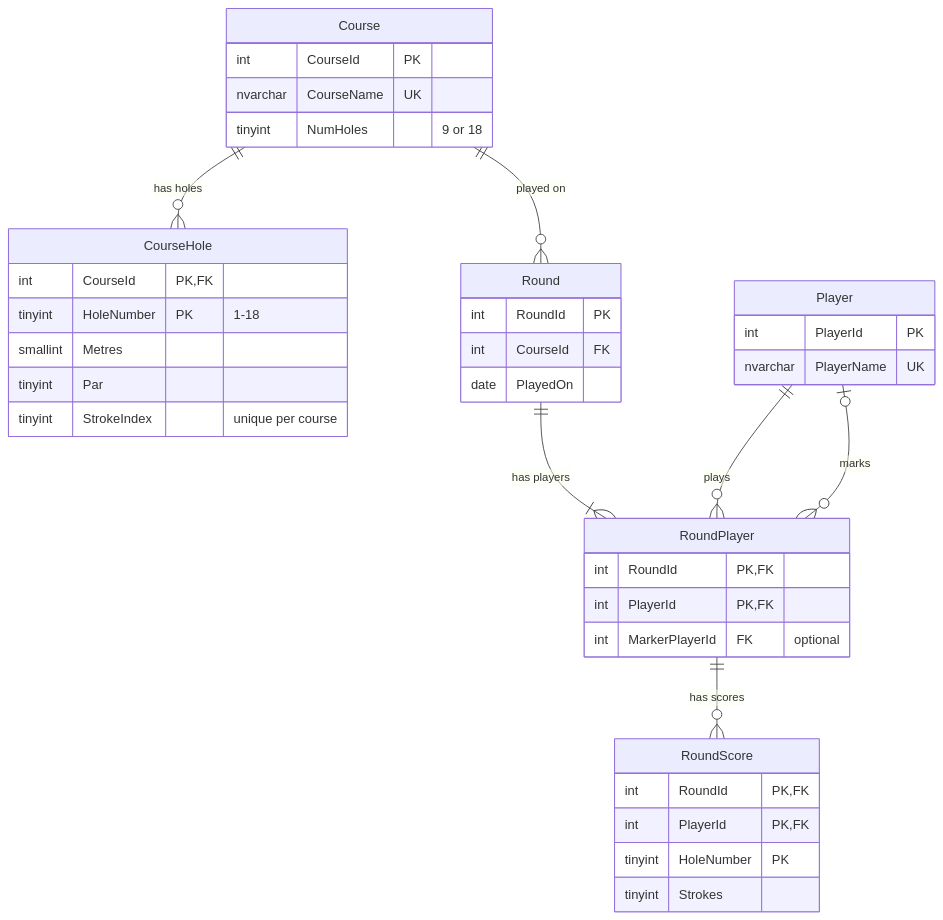
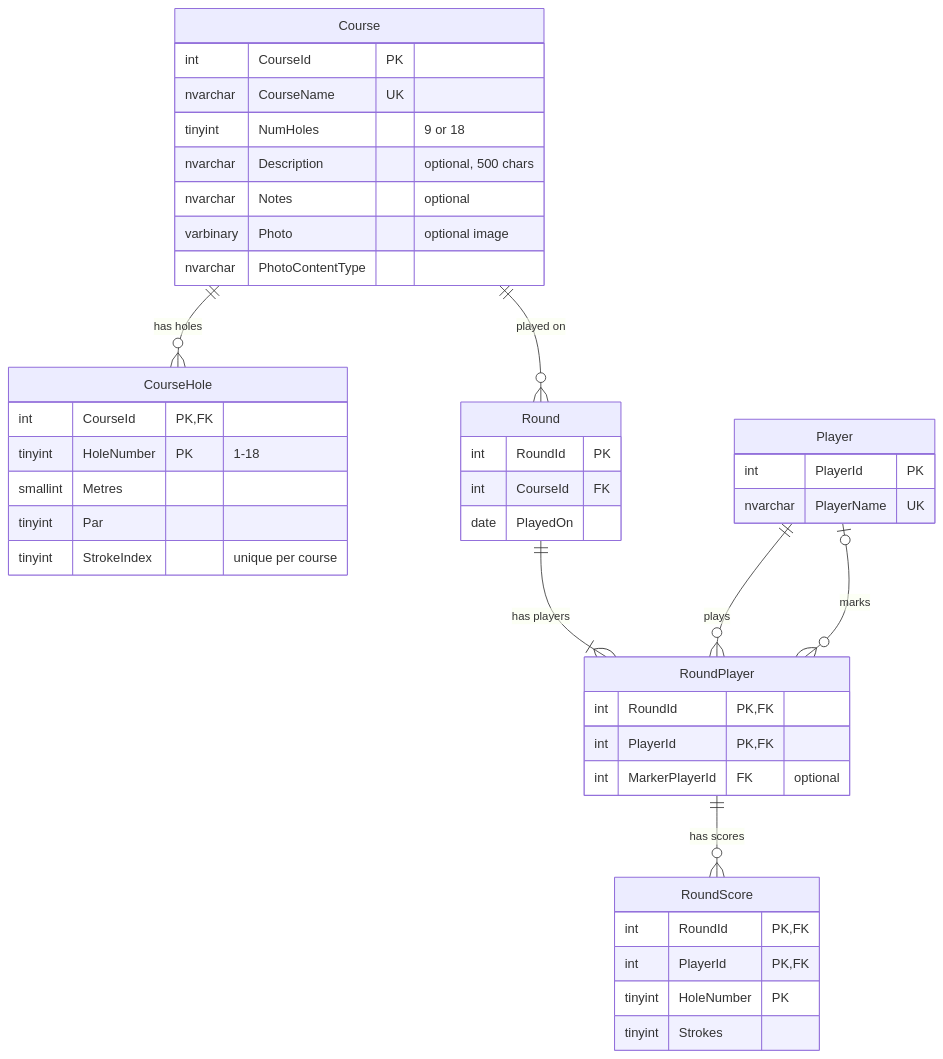
Before and after one commit to mahamlyn/golf-stats-app: the diagram in database/README.md, drawn with Mermaid. The commit also changed other lines of this file and 12 other files, not shown here.

````diff
--- a/database/README.md
+++ b/database/README.md
@@ -16,42 +16,46 @@
 ```mermaid
 erDiagram
     Course ||--o{ CourseHole : "has holes"
     Course ||--o{ Round : "played on"
     Round ||--|{ RoundPlayer : "has players"
     Player ||--o{ RoundPlayer : "plays"
     Player |o--o{ RoundPlayer : "marks"
     RoundPlayer ||--o{ RoundScore : "has scores"
 
     Course {
         int CourseId PK
         nvarchar CourseName UK
         tinyint NumHoles "9 or 18"
+        nvarchar Description "optional, 500 chars"
+        nvarchar Notes "optional"
+        varbinary Photo "optional image"
+        nvarchar PhotoContentType
     }
     CourseHole {
         int CourseId PK, FK
         tinyint HoleNumber PK "1-18"
         smallint Metres
         tinyint Par
         tinyint StrokeIndex "unique per course"
     }
     Player {
         int PlayerId PK
         nvarchar PlayerName UK
     }
     Round {
         int RoundId PK
         int CourseId FK
         date PlayedOn
     }
     RoundPlayer {
         int RoundId PK, FK
         int PlayerId PK, FK
         int MarkerPlayerId FK "optional"
     }
     RoundScore {
         int RoundId PK, FK
         int PlayerId PK, FK
         tinyint HoleNumber PK
         tinyint Strokes
     }
 ```
````
